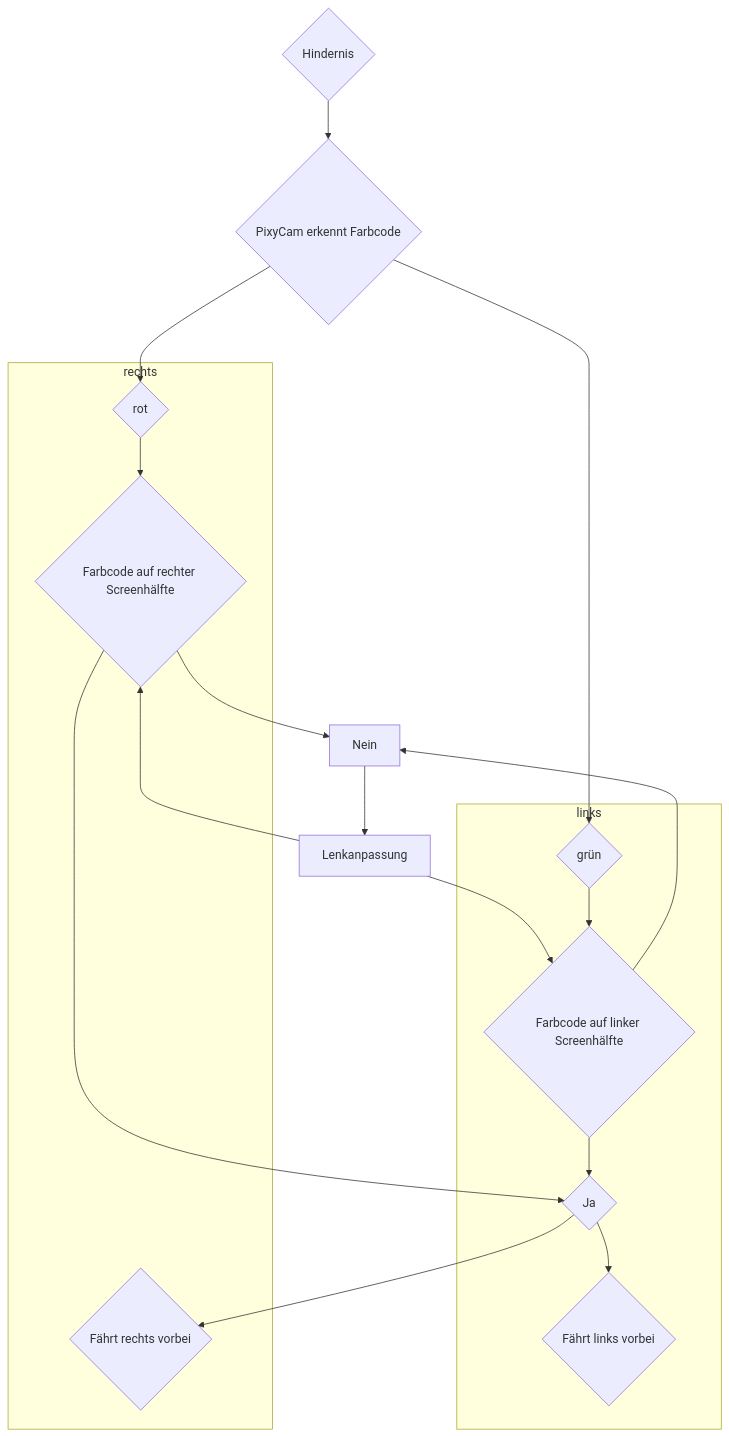
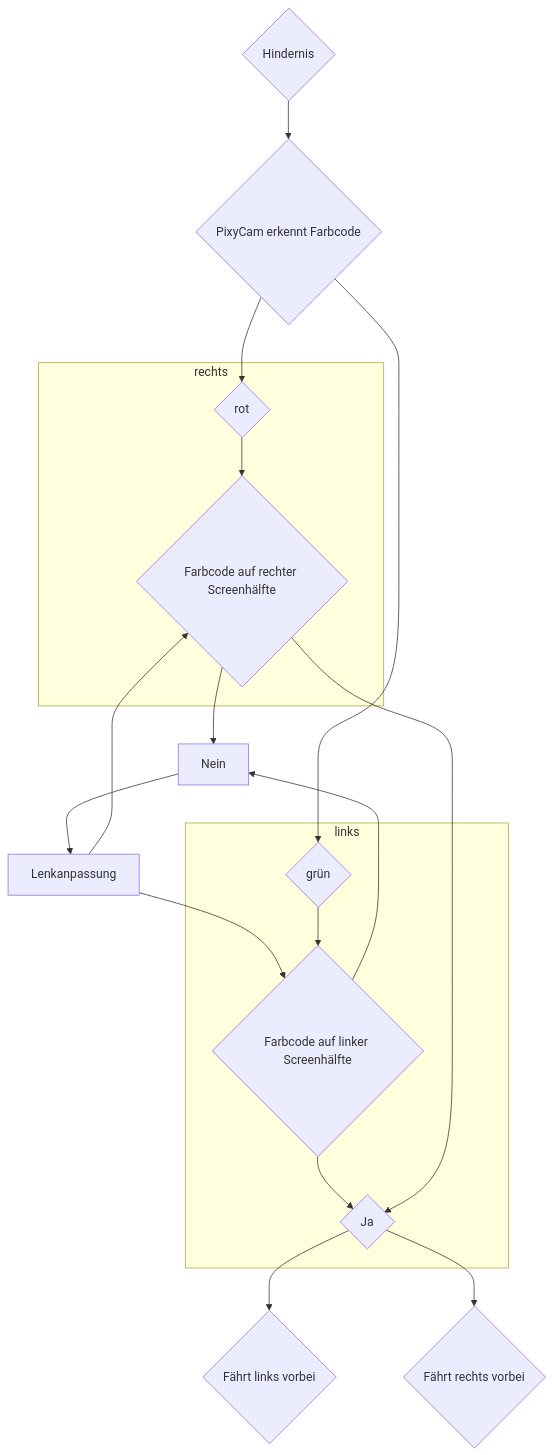
Before and after one commit to SchroedingersBit/PfortGTPanama: the diagram in Programme/Hindernisrennen/README.md, drawn with Mermaid.

````diff
--- a/Programme/Hindernisrennen/README.md
+++ b/Programme/Hindernisrennen/README.md
@@ -4,27 +4,29 @@
 ```mermaid
 flowchart TB;
 B-->C{rot};
 A{Hindernis} -->B{PixyCam erkennt Farbcode};
 B-->E{grün};
 C1 --> Nein;
 Nein --> Lenkanpassung;
 C2 --> Nein; 
 Lenkanpassung-->C1;
 Lenkanpassung -->C2;
+J-->R{Fährt links vorbei};
+J-->L{Fährt rechts vorbei};
 
 subgraph links
 E-->C1{Farbcode auf linker Screenhälfte};
 
 
 C1-->J{Ja};
-J-->R{Fährt links vorbei};
+
 end
 
 subgraph rechts
 C-->C2{Farbcode auf rechter Screenhälfte};
 
 
-C2-->J{Ja};
-J-->L{Fährt rechts vorbei};
+C2-->J;
+
 end
 ```
````
